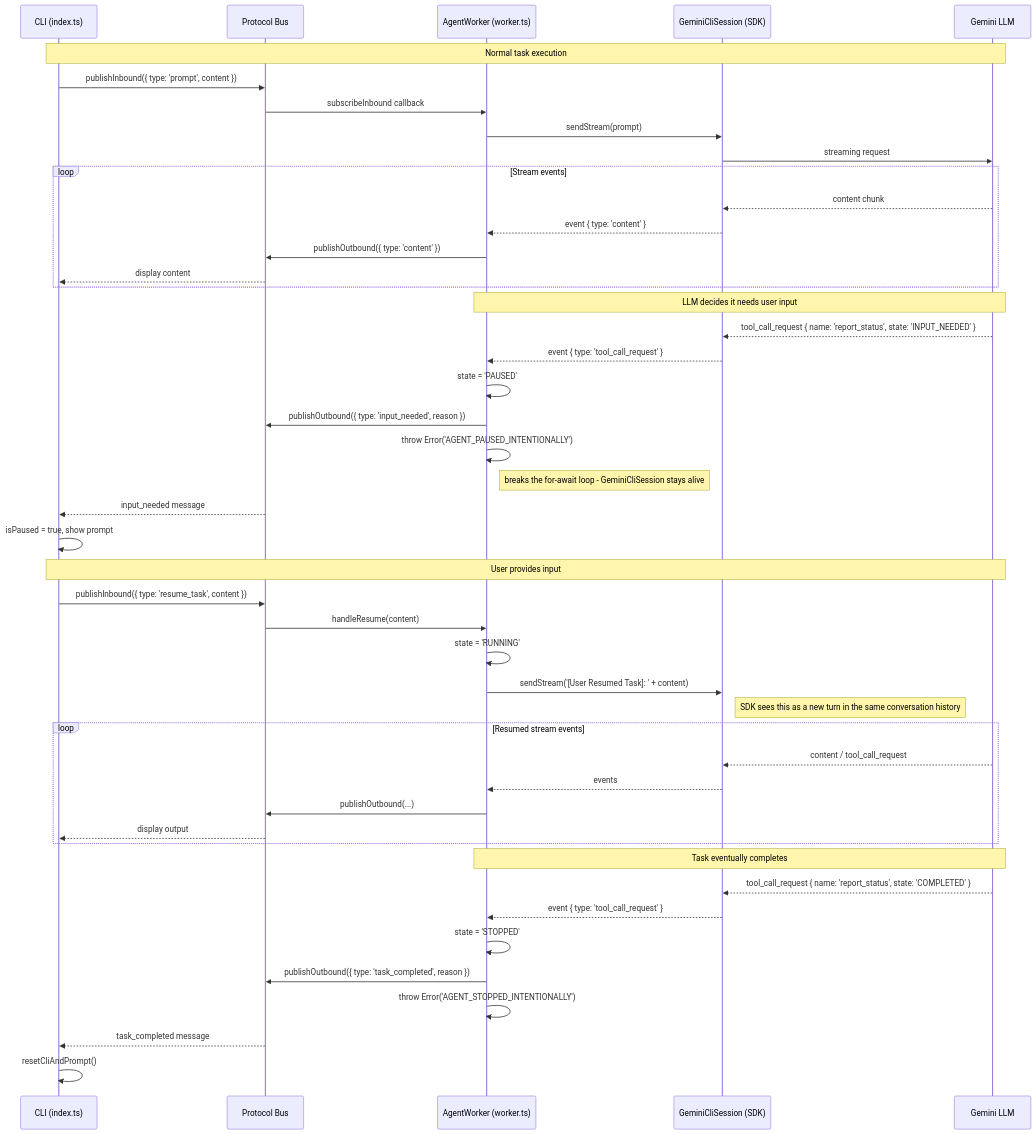
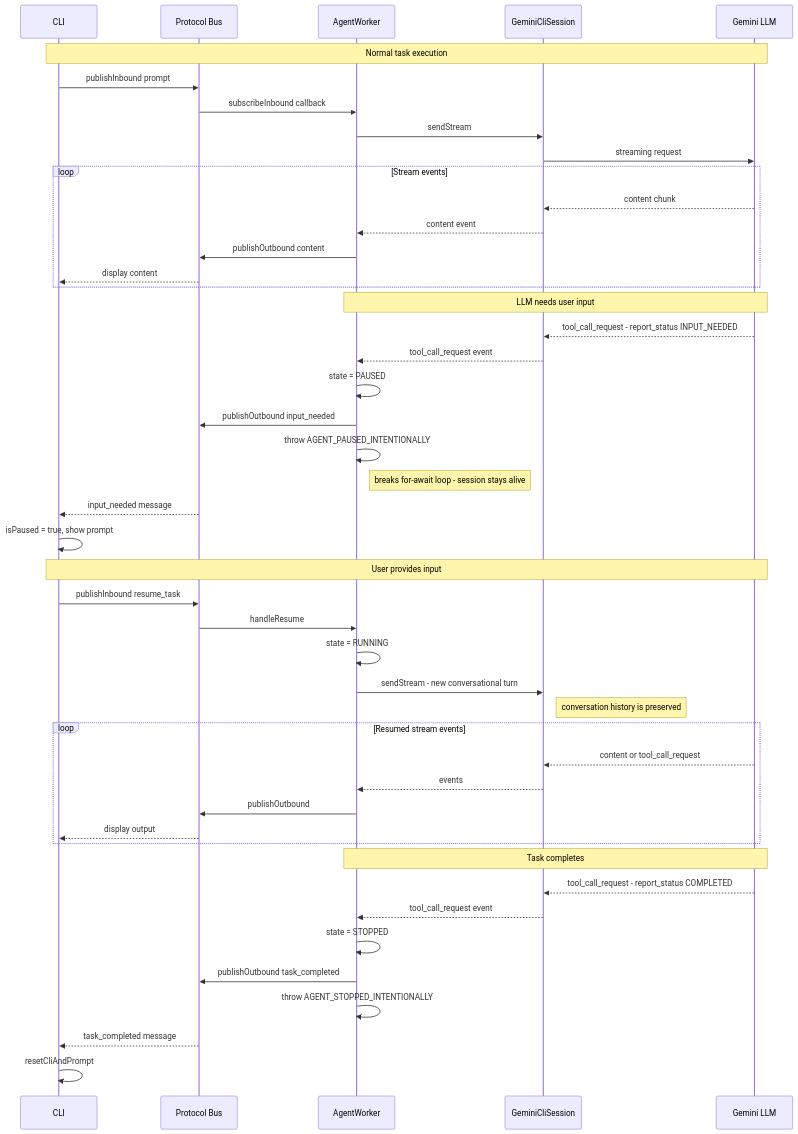
Before and after one commit to olala7846/gemini-cli-manager: the diagram in src/agent/README.md, drawn with Mermaid.

Commit message:
docs: simplify mermaid diagram labels for GitHub renderer compatibility
GitHub uses a pinned Mermaid version that is stricter than the latest
CLI. Remove curly braces, single quotes, and parentheses from arrow
labels and participant aliases which were triggering parse errors.

````diff
--- a/src/agent/README.md
+++ b/src/agent/README.md
@@ -46,56 +46,56 @@
 ```mermaid
 sequenceDiagram
-    participant CLI as CLI (index.ts)
+    participant CLI as CLI
     participant Bus as Protocol Bus
-    participant Worker as AgentWorker (worker.ts)
-    participant Session as GeminiCliSession (SDK)
+    participant Worker as AgentWorker
+    participant Session as GeminiCliSession
     participant LLM as Gemini LLM
 
     Note over CLI,LLM: Normal task execution
-    CLI->>Bus: publishInbound({ type: 'prompt', content })
+    CLI->>Bus: publishInbound prompt
     Bus->>Worker: subscribeInbound callback
-    Worker->>Session: sendStream(prompt)
+    Worker->>Session: sendStream
     Session->>LLM: streaming request
 
     loop Stream events
         LLM-->>Session: content chunk
-        Session-->>Worker: event { type: 'content' }
-        Worker->>Bus: publishOutbound({ type: 'content' })
+        Session-->>Worker: content event
+        Worker->>Bus: publishOutbound content
         Bus-->>CLI: display content
     end
 
-    Note over Worker,LLM: LLM decides it needs user input
-    LLM-->>Session: tool_call_request { name: 'report_status', state: 'INPUT_NEEDED' }
-    Session-->>Worker: event { type: 'tool_call_request' }
+    Note over Worker,LLM: LLM needs user input
+    LLM-->>Session: tool_call_request - report_status INPUT_NEEDED
+    Session-->>Worker: tool_call_request event
 
-    Worker->>Worker: state = 'PAUSED'
-    Worker->>Bus: publishOutbound({ type: 'input_needed', reason })
-    Worker->>Worker: throw Error('AGENT_PAUSED_INTENTIONALLY')
-    Note right of Worker: breaks the for-await loop - GeminiCliSession stays alive
+    Worker->>Worker: state = PAUSED
+    Worker->>Bus: publishOutbound input_needed
+    Worker->>Worker: throw AGENT_PAUSED_INTENTIONALLY
+    Note right of Worker: breaks for-await loop - session stays alive
 
     Bus-->>CLI: input_needed message
     CLI->>CLI: isPaused = true, show prompt
 
     Note over CLI,LLM: User provides input
-    CLI->>Bus: publishInbound({ type: 'resume_task', content })
-    Bus->>Worker: handleResume(content)
-    Worker->>Worker: state = 'RUNNING'
-    Worker->>Session: sendStream('[User Resumed Task]: ' + content)
-    Note right of Session: SDK sees this as a new turn in the same conversation history
+    CLI->>Bus: publishInbound resume_task
+    Bus->>Worker: handleResume
+    Worker->>Worker: state = RUNNING
+    Worker->>Session: sendStream - new conversational turn
+    Note right of Session: conversation history is preserved
 
     loop Resumed stream events
-        LLM-->>Session: content / tool_call_request
+        LLM-->>Session: content or tool_call_request
         Session-->>Worker: events
-        Worker->>Bus: publishOutbound(...)
+        Worker->>Bus: publishOutbound
         Bus-->>CLI: display output
     end
 
-    Note over Worker,LLM: Task eventually completes
-    LLM-->>Session: tool_call_request { name: 'report_status', state: 'COMPLETED' }
-    Session-->>Worker: event { type: 'tool_call_request' }
-    Worker->>Worker: state = 'STOPPED'
-    Worker->>Bus: publishOutbound({ type: 'task_completed', reason })
-    Worker->>Worker: throw Error('AGENT_STOPPED_INTENTIONALLY')
+    Note over Worker,LLM: Task completes
+    LLM-->>Session: tool_call_request - report_status COMPLETED
+    Session-->>Worker: tool_call_request event
+    Worker->>Worker: state = STOPPED
+    Worker->>Bus: publishOutbound task_completed
+    Worker->>Worker: throw AGENT_STOPPED_INTENTIONALLY
     Bus-->>CLI: task_completed message
-    CLI->>CLI: resetCliAndPrompt()
+    CLI->>CLI: resetCliAndPrompt
 ```
````
